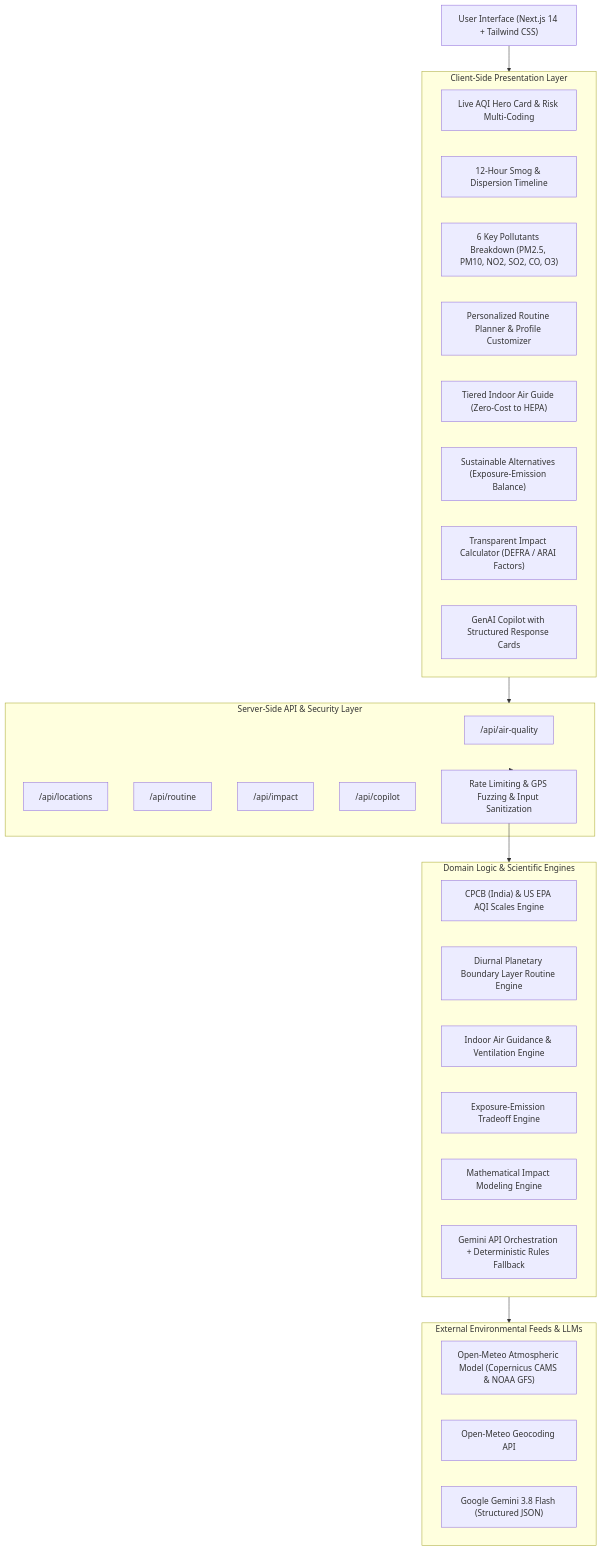
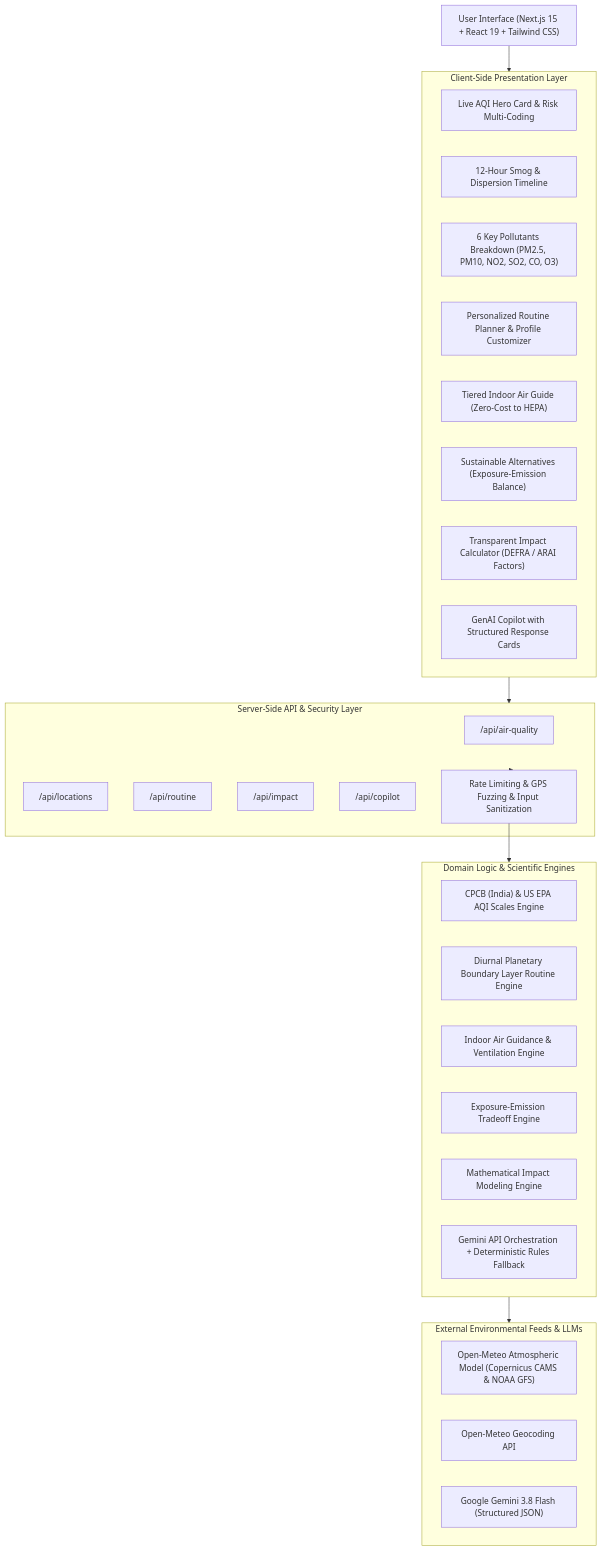
Before and after one commit to Thirumal143200/airwise: the diagram in README.md, drawn with Mermaid. The commit also changed other lines of this file, not shown here.

Commit message:
docs(readme): convert doc links to relative GitHub paths, update test count to 33, and refine arch diagram

````diff
--- a/README.md
+++ b/README.md
@@ -33,45 +33,45 @@
 ```mermaid
 flowchart TD
-    User["User Interface (Next.js 14 + Tailwind CSS)"]
+    User["User Interface (Next.js 15 + React 19 + Tailwind CSS)"]
     
     subgraph Client["Client-Side Presentation Layer"]
         Hero["Live AQI Hero Card & Risk Multi-Coding"]
         Timeline["12-Hour Smog & Dispersion Timeline"]
         Pollutants["6 Key Pollutants Breakdown (PM2.5, PM10, NO2, SO2, CO, O3)"]
         RoutineUI["Personalized Routine Planner & Profile Customizer"]
         IndoorUI["Tiered Indoor Air Guide (Zero-Cost to HEPA)"]
         AltUI["Sustainable Alternatives (Exposure-Emission Balance)"]
         CalcUI["Transparent Impact Calculator (DEFRA / ARAI Factors)"]
         CopilotUI["GenAI Copilot with Structured Response Cards"]
     end
 
     subgraph Server["Server-Side API & Security Layer"]
         APIAir["/api/air-quality"]
         APILoc["/api/locations"]
         APIRoutine["/api/routine"]
         APIImpact["/api/impact"]
         APICopilot["/api/copilot"]
         Security["Rate Limiting & GPS Fuzzing & Input Sanitization"]
     end
 
     subgraph DomainEngines["Domain Logic & Scientific Engines"]
         AQIScale["CPCB (India) & US EPA AQI Scales Engine"]
         RoutineEng["Diurnal Planetary Boundary Layer Routine Engine"]
         IndoorEng["Indoor Air Guidance & Ventilation Engine"]
         AltEng["Exposure-Emission Tradeoff Engine"]
         CalcEng["Mathematical Impact Modeling Engine"]
         GeminiEng["Gemini API Orchestration + Deterministic Rules Fallback"]
     end
 
     subgraph DataFeeds["External Environmental Feeds & LLMs"]
         OpenMeteo["Open-Meteo Atmospheric Model (Copernicus CAMS & NOAA GFS)"]
         Geocoding["Open-Meteo Geocoding API"]
         Gemini["Google Gemini 3.8 Flash (Structured JSON)"]
     end
 
     User --> Client
     Client --> Server
     Server --> Security
     Security --> DomainEngines
     DomainEngines --> DataFeeds
 ```
````
